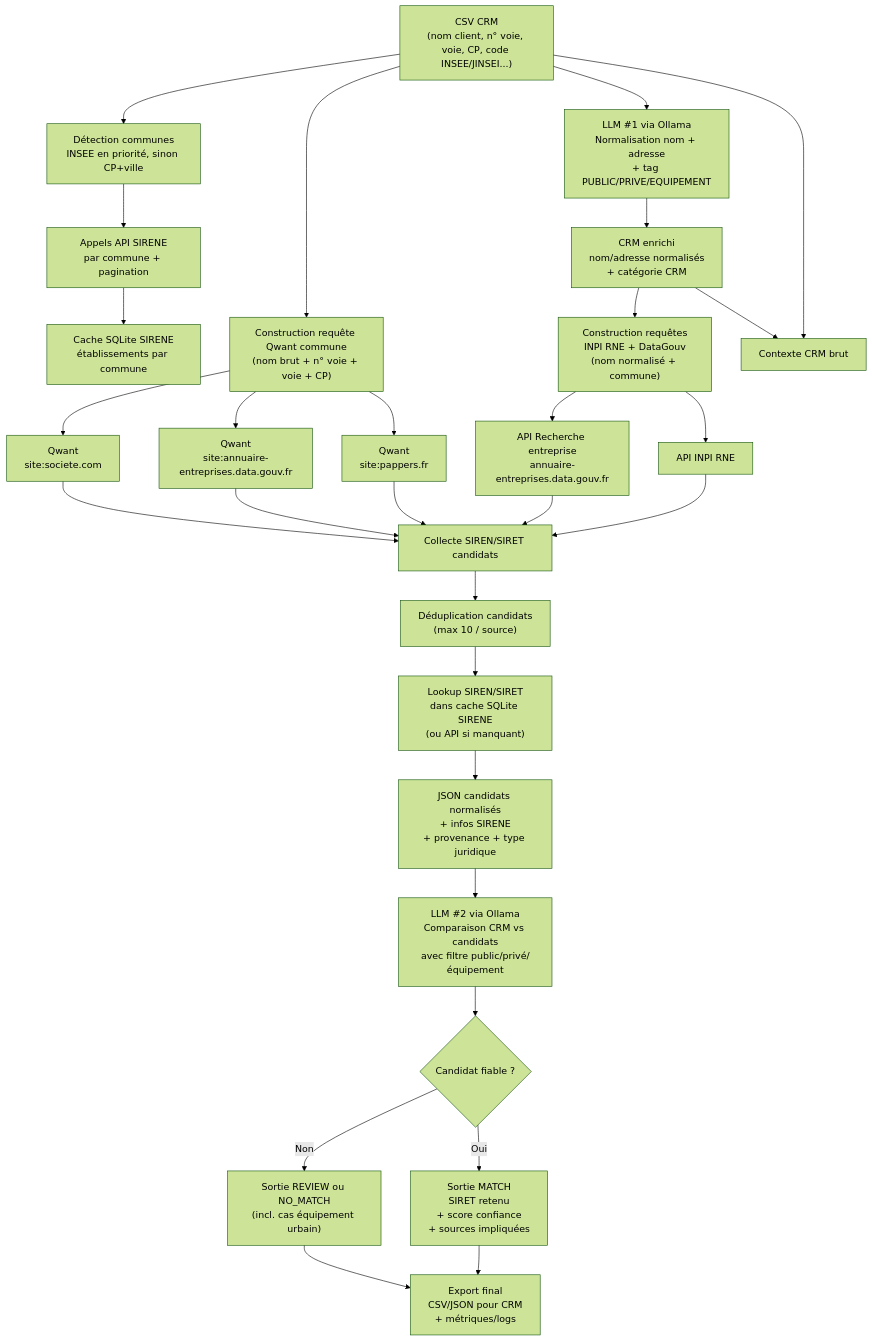
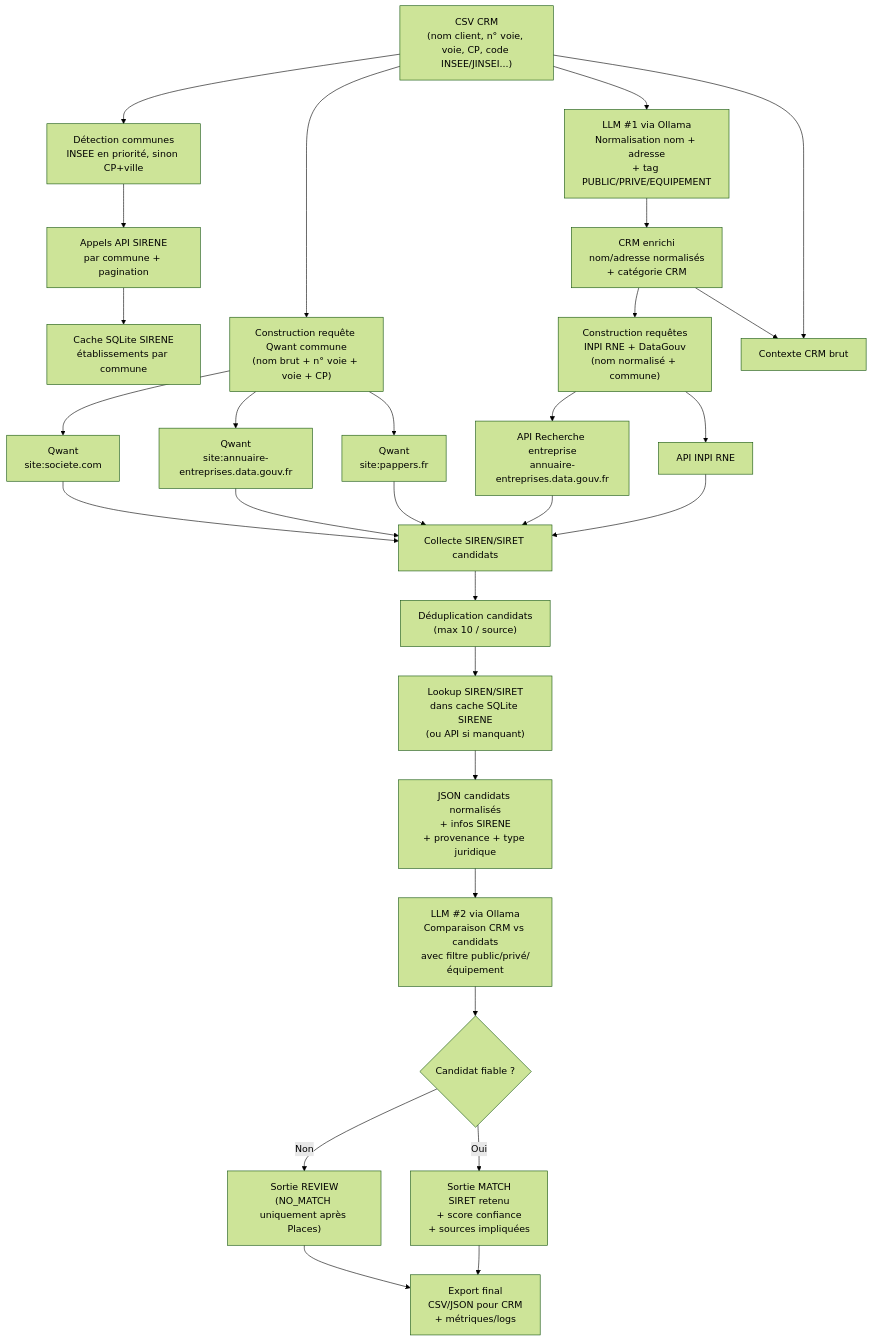
Before and after one commit to natjull/Sireto: the diagram in docs/diagrams/pipe_v6_flowchart.mmd, drawn with Mermaid (forest theme). The commit also changed 42 other files, not shown here.

```diff
--- a/docs/diagrams/pipe_v6_flowchart.mmd
+++ b/docs/diagrams/pipe_v6_flowchart.mmd
@@ -1,46 +1,46 @@
 flowchart TD
 
     %% Entrée CRM
     A["CSV CRM<br/>(nom client, n&deg; voie, voie, CP, code INSEE/JINSEI...)"] --> B["Détection communes<br/>INSEE en priorité, sinon CP+ville"]
 
     %% SIRENE source de vérité
     B --> C["Appels API SIRENE<br/>par commune + pagination"]
     C --> D["Cache SQLite SIRENE<br/>établissements par commune"]
 
     %% LLM #1
     A --> E["LLM #1 via Ollama<br/>Normalisation nom + adresse<br/>+ tag PUBLIC/PRIVE/EQUIPEMENT"]
     E --> E1["CRM enrichi<br/>nom/adresse normalisés<br/>+ catégorie CRM"]
 
     %% Requêtes INPI / DataGouv
     E1 --> F["Construction requêtes<br/>INPI RNE + DataGouv<br/>(nom normalisé + commune)"]
     F --> H["API INPI RNE"]
     F --> I["API Recherche entreprise<br/>annuaire-entreprises.data.gouv.fr"]
 
     %% Requêtes Qwant (3 sites)
     A --> G["Construction requête Qwant commune<br/>(nom brut + n&deg; voie + voie + CP)"]
     G --> J1["Qwant<br/>site:pappers.fr"]
     G --> J2["Qwant<br/>site:annuaire-entreprises.data.gouv.fr"]
     G --> J3["Qwant<br/>site:societe.com"]
 
     %% Collecte candidats
     H --> K["Collecte SIREN/SIRET candidats"]
     I --> K
     J1 --> K
     J2 --> K
     J3 --> K
 
     K --> L["Déduplication candidats<br/>(max 10 / source)"]
     L --> M["Lookup SIREN/SIRET<br/>dans cache SQLite SIRENE<br/>(ou API si manquant)"]
     M --> N["JSON candidats normalisés<br/>+ infos SIRENE<br/>+ provenance + type juridique"]
 
     %% LLM #2 arbitrage
     A --> O["Contexte CRM brut"]
     E1 --> O
     N --> P["LLM #2 via Ollama<br/>Comparaison CRM vs candidats<br/>avec filtre public/privé/équipement"]
 
     P --> Q{"Candidat fiable ?"}
 
     Q -->|Oui| R["Sortie MATCH<br/>SIRET retenu<br/>+ score confiance<br/>+ sources impliquées"]
-    Q -->|Non| S["Sortie REVIEW ou NO_MATCH<br/>(incl. cas équipement urbain)"]
+    Q -->|Non| S["Sortie REVIEW<br/>(NO_MATCH uniquement après Places)"]
 
     R & S --> T["Export final<br/>CSV/JSON pour CRM<br/>+ métriques/logs"]
```
